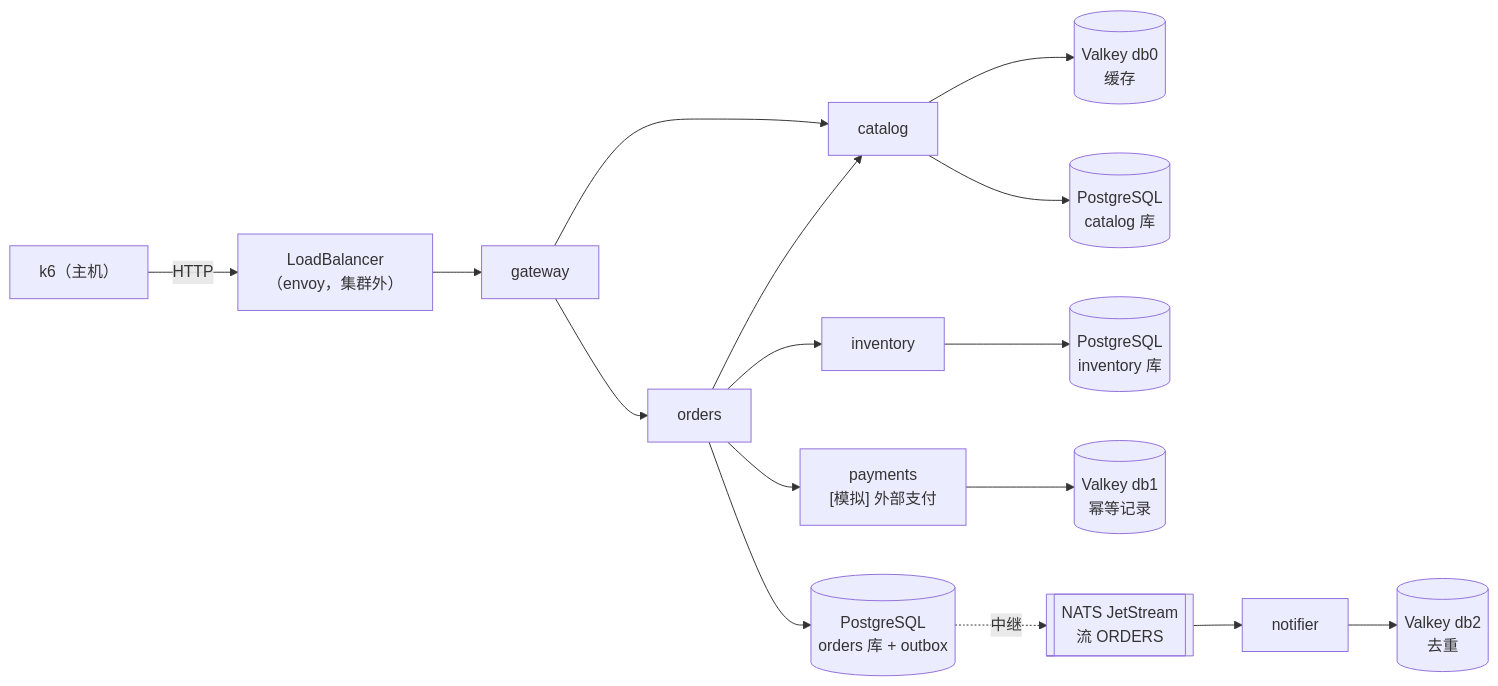
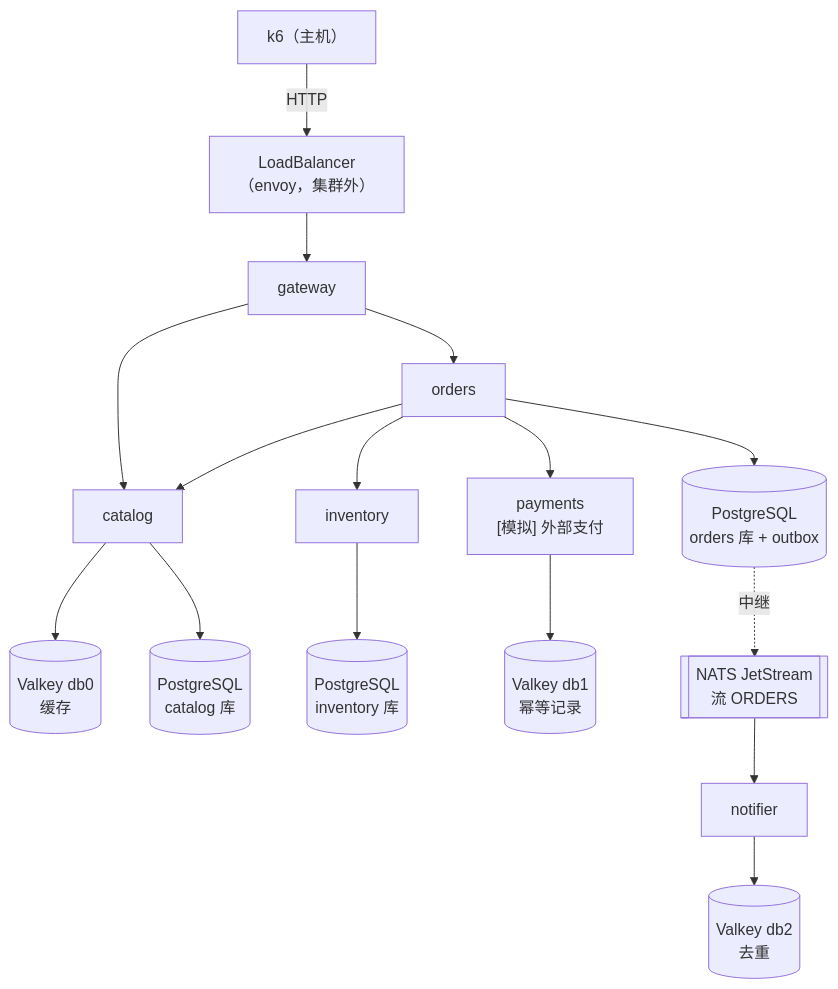
The second of 2 diagrams in v2/manual/chapters/02-e1-storefront.md (miku-wwl/devops-delivery), drawn with Mermaid before and after one commit. The commit also changed 16 other files, not shown here.

````diff
--- a/v2/manual/chapters/02-e1-storefront.md
+++ b/v2/manual/chapters/02-e1-storefront.md
@@ -138,18 +138,18 @@
 ```mermaid
-flowchart LR
+flowchart TB
   K["k6（主机）"] -->|HTTP| LB["LoadBalancer<br/>（envoy，集群外）"]
   LB --> GW[gateway]
   GW --> CA[catalog]
   GW --> OR[orders]
   OR --> CA
   OR --> IN[inventory]
   OR --> PA["payments<br/>[模拟] 外部支付"]
   CA --> VK[("Valkey db0<br/>缓存")]
   PA --> VK1[("Valkey db1<br/>幂等记录")]
   CA --> PG1[("PostgreSQL<br/>catalog 库")]
   IN --> PG2[("PostgreSQL<br/>inventory 库")]
   OR --> PG3[("PostgreSQL<br/>orders 库 + outbox")]
   PG3 -. 中继 .-> NATS[["NATS JetStream<br/>流 ORDERS"]]
   NATS --> NO[notifier]
   NO --> VK2[("Valkey db2<br/>去重")]
 ```
````
